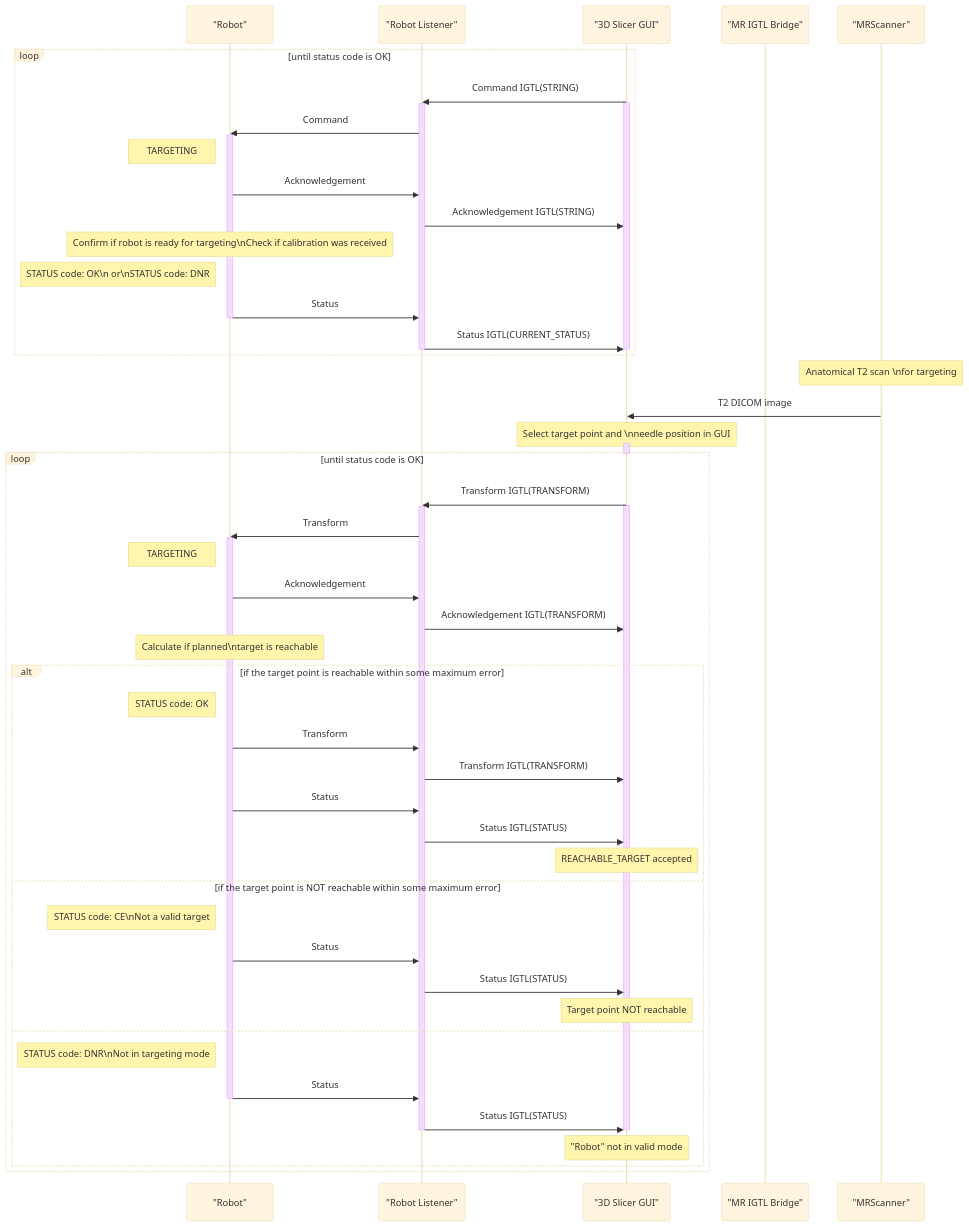
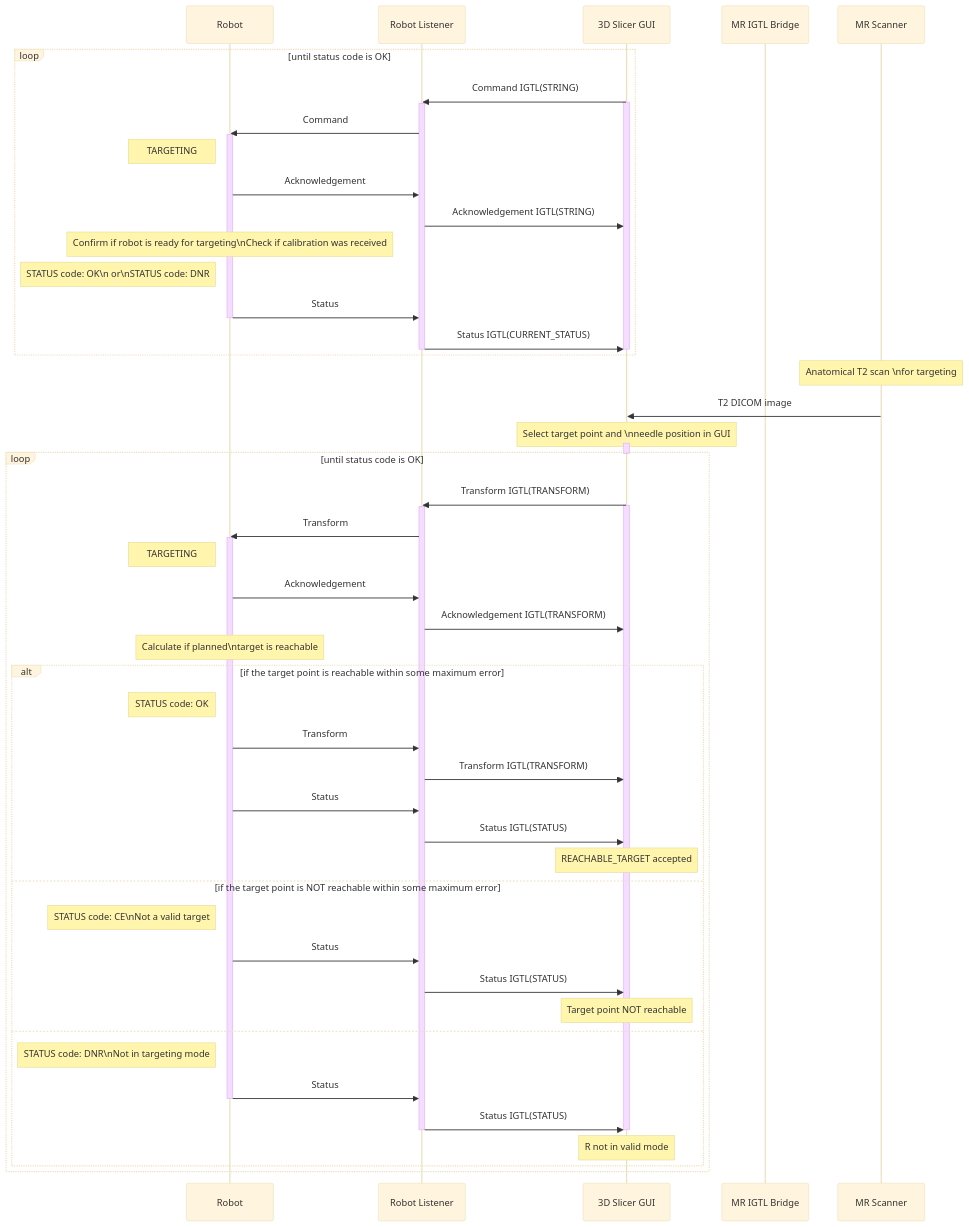
One commit to ProstateBRP/BRPRobot2021 changed the third of 5 diagrams in README.md. Above: the diagram before and after it, drawn with Mermaid (base theme). The commit also changed other lines of this file, not shown here.

Commit message:
Remove double-quotations from the participant names in the sequence diagram.

````diff
--- a/README.md
+++ b/README.md
@@ -111,71 +112,71 @@
 ```mermaid
 sequenceDiagram
 
-participant "Robot"
-participant "Robot Listener"
-participant "3D Slicer GUI"
-participant "MR IGTL Bridge"
-participant "MRScanner"
+participant R as Robot
+participant RL as Robot Listener
+participant SGUI as 3D Slicer GUI
+participant MRIGTL  as MR IGTL Bridge
+participant MRS as MR Scanner
 
 loop until status code is OK
-"3D Slicer GUI"->>"Robot Listener":Command IGTL(STRING)
-activate "3D Slicer GUI"
-activate "Robot Listener"
-"Robot Listener"->>"Robot":Command
-activate "Robot"
-note left of "Robot":TARGETING
-"Robot"->>"Robot Listener":Acknowledgement
-"Robot Listener"->>"3D Slicer GUI":Acknowledgement IGTL(STRING)
-note over "Robot":Confirm if robot is ready for targeting\nCheck if calibration was received
-note left of "Robot":STATUS code: OK\n              or\nSTATUS code: DNR
-"Robot"->>"Robot Listener":Status
-deactivate "Robot"
-"Robot Listener"->>"3D Slicer GUI":Status IGTL(CURRENT_STATUS)
-deactivate "3D Slicer GUI"
-deactivate "Robot Listener"
+SGUI->>RL:Command IGTL(STRING)
+activate SGUI
+activate RL
+RL->>R:Command
+activate R
+note left of R:TARGETING
+R->>RL:Acknowledgement
+RL->>SGUI:Acknowledgement IGTL(STRING)
+note over R:Confirm if robot is ready for targeting\nCheck if calibration was received
+note left of R:STATUS code: OK\n              or\nSTATUS code: DNR
+R->>RL:Status
+deactivate R
+RL->>SGUI:Status IGTL(CURRENT_STATUS)
+deactivate SGUI
+deactivate RL
 end
 
-note over "MRScanner":Anatomical T2 scan \nfor targeting
-"MRScanner"->>"3D Slicer GUI":T2 DICOM image
-note over "3D Slicer GUI":Select target point and \nneedle position in GUI
+note over MRS:Anatomical T2 scan \nfor targeting
+MRS->>SGUI:T2 DICOM image
+note over SGUI:Select target point and \nneedle position in GUI
 
-activate "3D Slicer GUI"
-deactivate "3D Slicer GUI"
+activate SGUI
+deactivate SGUI
 loop until status code is OK
-"3D Slicer GUI"->>"Robot Listener":Transform IGTL(TRANSFORM)
-activate "3D Slicer GUI"
-activate "Robot Listener"
-"Robot Listener"->>"Robot":Transform
-activate "Robot"
-note left of "Robot":TARGETING
+SGUI->>RL:Transform IGTL(TRANSFORM)
+activate SGUI
+activate RL
+RL->>R:Transform
+activate R
+note left of R:TARGETING
 
-"Robot"->>"Robot Listener":Acknowledgement
-"Robot Listener"->>"3D Slicer GUI":Acknowledgement IGTL(TRANSFORM)
+R->>RL:Acknowledgement
+RL->>SGUI:Acknowledgement IGTL(TRANSFORM)
 
-note over "Robot":Calculate if planned\ntarget is reachable
+note over R:Calculate if planned\ntarget is reachable
 alt if the target point is reachable within some maximum error
-note left of "Robot":STATUS code: OK
-"Robot"->>"Robot Listener":Transform
-"Robot Listener"->>"3D Slicer GUI":Transform IGTL(TRANSFORM)
-"Robot"->>"Robot Listener":Status
-"Robot Listener"->>"3D Slicer GUI":Status IGTL(STATUS)
-note over "3D Slicer GUI":REACHABLE_TARGET accepted
+note left of R:STATUS code: OK
+R->>RL:Transform
+RL->>SGUI:Transform IGTL(TRANSFORM)
+R->>RL:Status
+RL->>SGUI:Status IGTL(STATUS)
+note over SGUI:REACHABLE_TARGET accepted
 
 else if the target point is NOT reachable within some maximum error
-note left of "Robot":STATUS code: CE\nNot a valid target
-"Robot"->>"Robot Listener":Status
-"Robot Listener"->>"3D Slicer GUI":Status IGTL(STATUS)
-note over "3D Slicer GUI":Target point NOT reachable
+note left of R:STATUS code: CE\nNot a valid target
+R->>RL:Status
+RL->>SGUI:Status IGTL(STATUS)
+note over SGUI:Target point NOT reachable
 
 else
-note left of "Robot":STATUS code: DNR\nNot in targeting mode
-"Robot"->>"Robot Listener":Status
-deactivate "Robot"
-"Robot Listener"->>"3D Slicer GUI":Status IGTL(STATUS)
+note left of R:STATUS code: DNR\nNot in targeting mode
+R->>RL:Status
+deactivate R
+RL->>SGUI:Status IGTL(STATUS)
 
-deactivate "3D Slicer GUI"
-deactivate "Robot Listener"
-note over "3D Slicer GUI":"Robot" not in valid mode
+deactivate SGUI
+deactivate RL
+note over SGUI:R not in valid mode
 end
 end
 ```
````
